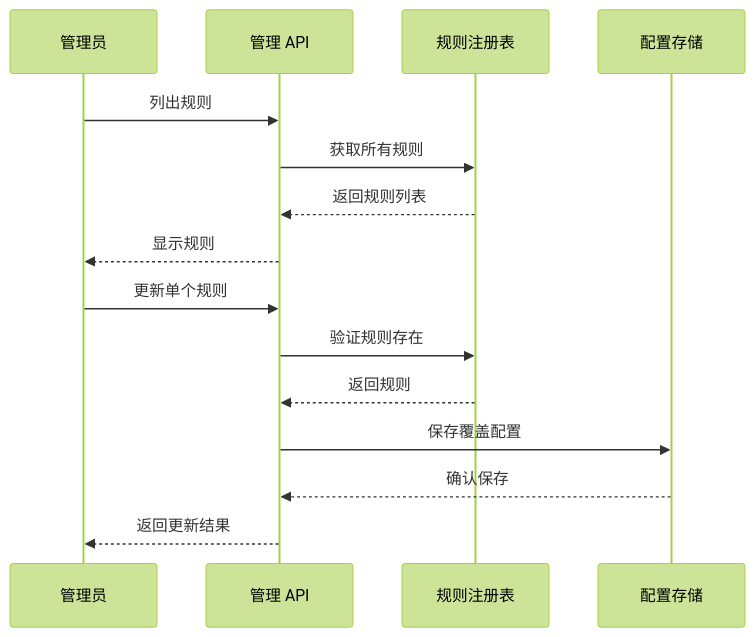
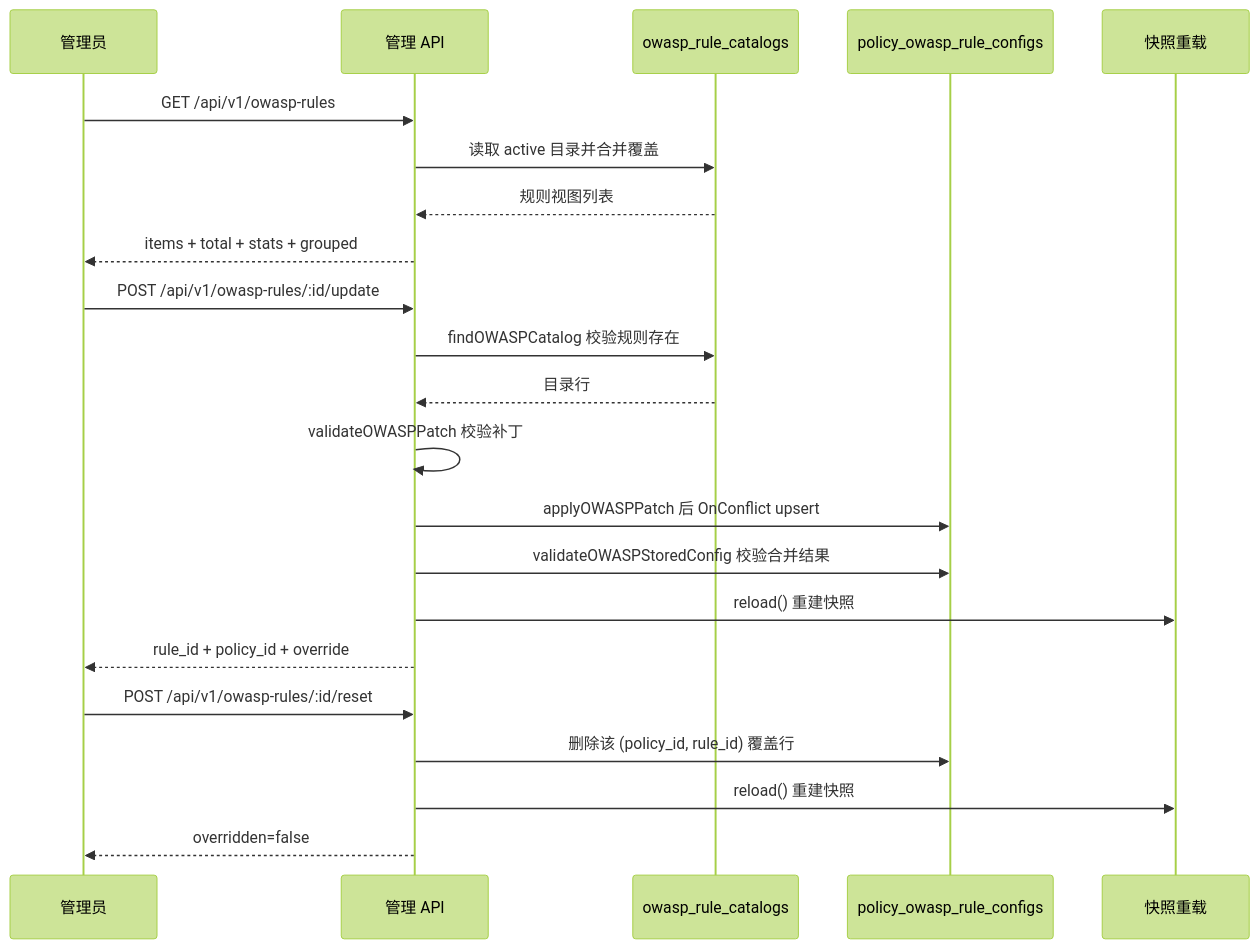
One commit to x01n/My-OpenWaf changed diagram 12 of 12 in docs/安全防护功能/OWASP 检测/基本 OWASP 规则.md. Above: the diagram before and after it, drawn with Mermaid (forest theme). The commit also changed other lines of this file and 622 other files, not shown here.

````diff
--- a/docs/安全防护功能/OWASP 检测/基本 OWASP 规则.md
+++ b/docs/安全防护功能/OWASP 检测/基本 OWASP 规则.md
@@ -609,17 +723,24 @@
 ```mermaid
 sequenceDiagram
 participant Admin as 管理员
 participant API as 管理 API
-participant Registry as 规则注册表
-participant Config as 配置存储
-Admin->>API : 列出规则
-API->>Registry : 获取所有规则
-Registry-->>API : 返回规则列表
-API-->>Admin : 显示规则
-Admin->>API : 更新单个规则
-API->>Registry : 验证规则存在
-Registry-->>API : 返回规则
-API->>Config : 保存覆盖配置
-Config-->>API : 确认保存
-API-->>Admin : 返回更新结果
+participant Catalog as owasp_rule_catalogs
+participant Config as policy_owasp_rule_configs
+participant Snap as 快照重载
+Admin->>API : GET /api/v1/owasp-rules
+API->>Catalog : 读取 active 目录并合并覆盖
+Catalog-->>API : 规则视图列表
+API-->>Admin : items + total + stats + grouped
+Admin->>API : POST /api/v1/owasp-rules/:id/update
+API->>Catalog : findOWASPCatalog 校验规则存在
+Catalog-->>API : 目录行
+API->>API : validateOWASPPatch 校验补丁
+API->>Config : applyOWASPPatch 后 OnConflict upsert
+API->>Config : validateOWASPStoredConfig 校验合并结果
+API->>Snap : reload() 重建快照
+API-->>Admin : rule_id + policy_id + override
+Admin->>API : POST /api/v1/owasp-rules/:id/reset
+API->>Config : 删除该 (policy_id, rule_id) 覆盖行
+API->>Snap : reload() 重建快照
+API-->>Admin : overridden=false
 ```
````
